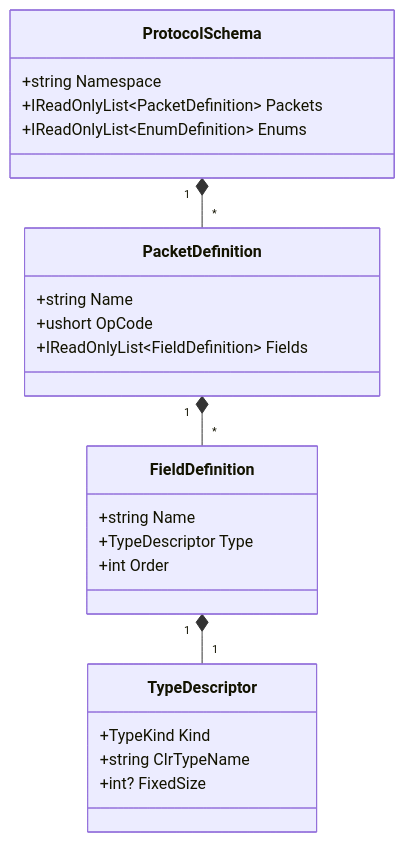
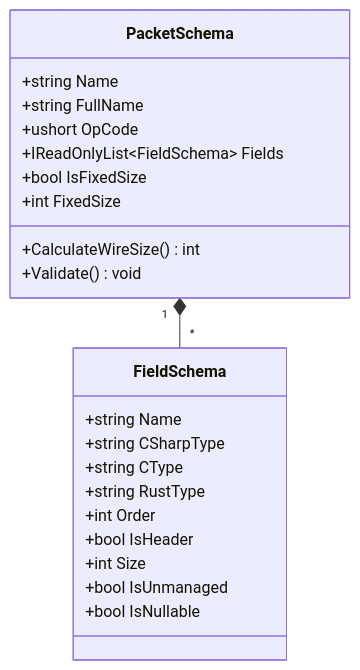
Before and after one commit to ppn-systems/nalix-native: the second of 3 diagrams in docs/ARCHITECTURE.md, drawn with Mermaid. The commit also changed other lines of this file and 74 other files, not shown here.

````diff
--- a/docs/ARCHITECTURE.md
+++ b/docs/ARCHITECTURE.md
@@ -99,30 +99,27 @@
 ```mermaid
 classDiagram
-    class ProtocolSchema {
-        +string Namespace
-        +IReadOnlyList~PacketDefinition~ Packets
-        +IReadOnlyList~EnumDefinition~ Enums
+    class PacketSchema {
+        +string Name
+        +string FullName
+        +ushort OpCode
+        +IReadOnlyList~FieldSchema~ Fields
+        +bool IsFixedSize
+        +int FixedSize
+        +CalculateWireSize() int
+        +Validate() void
     }
 
-    class PacketDefinition {
+    class FieldSchema {
         +string Name
-        +ushort OpCode
-        +IReadOnlyList~FieldDefinition~ Fields
+        +string CSharpType
+        +string CType
+        +string RustType
+        +int Order
+        +bool IsHeader
+        +int Size
+        +bool IsUnmanaged
+        +bool IsNullable
     }
 
-    class FieldDefinition {
-        +string Name
-        +TypeDescriptor Type
-        +int Order
-    }
-
-    class TypeDescriptor {
-        +TypeKind Kind
-        +string ClrTypeName
-        +int? FixedSize
-    }
-
-    ProtocolSchema "1" *-- "*" PacketDefinition
-    PacketDefinition "1" *-- "*" FieldDefinition
-    FieldDefinition "1" *-- "1" TypeDescriptor
+    PacketSchema "1" *-- "*" FieldSchema
 ```
````
